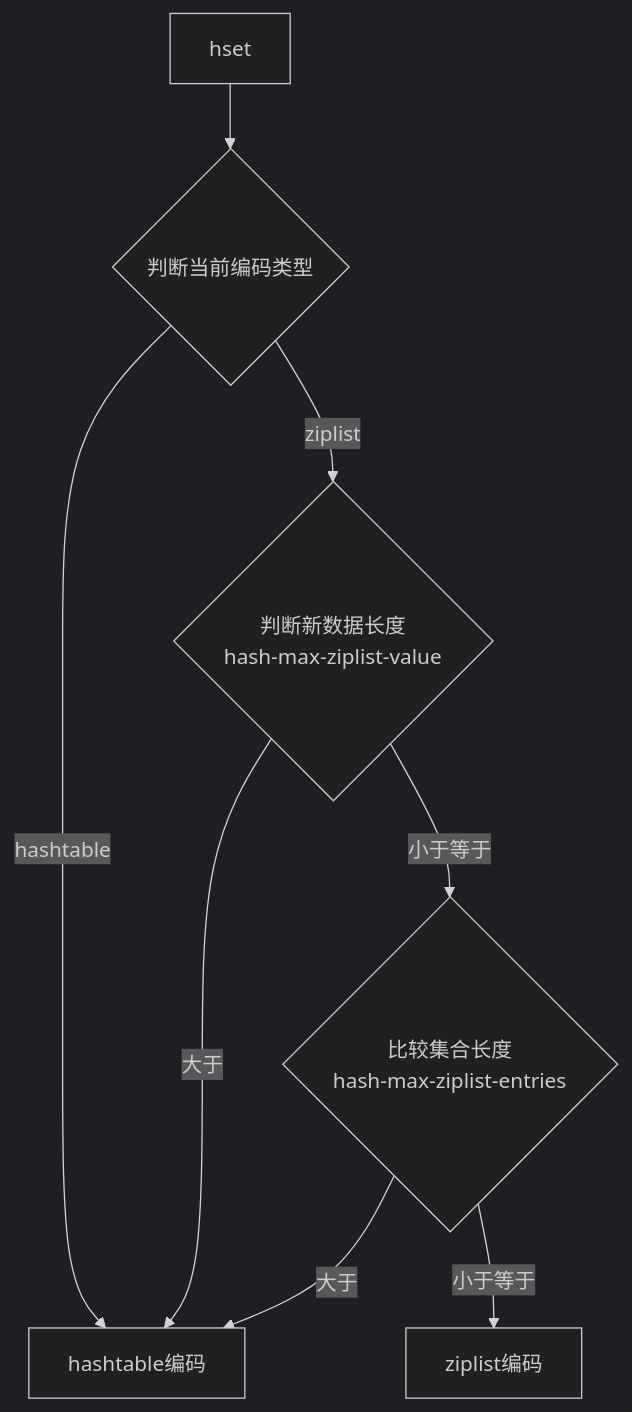
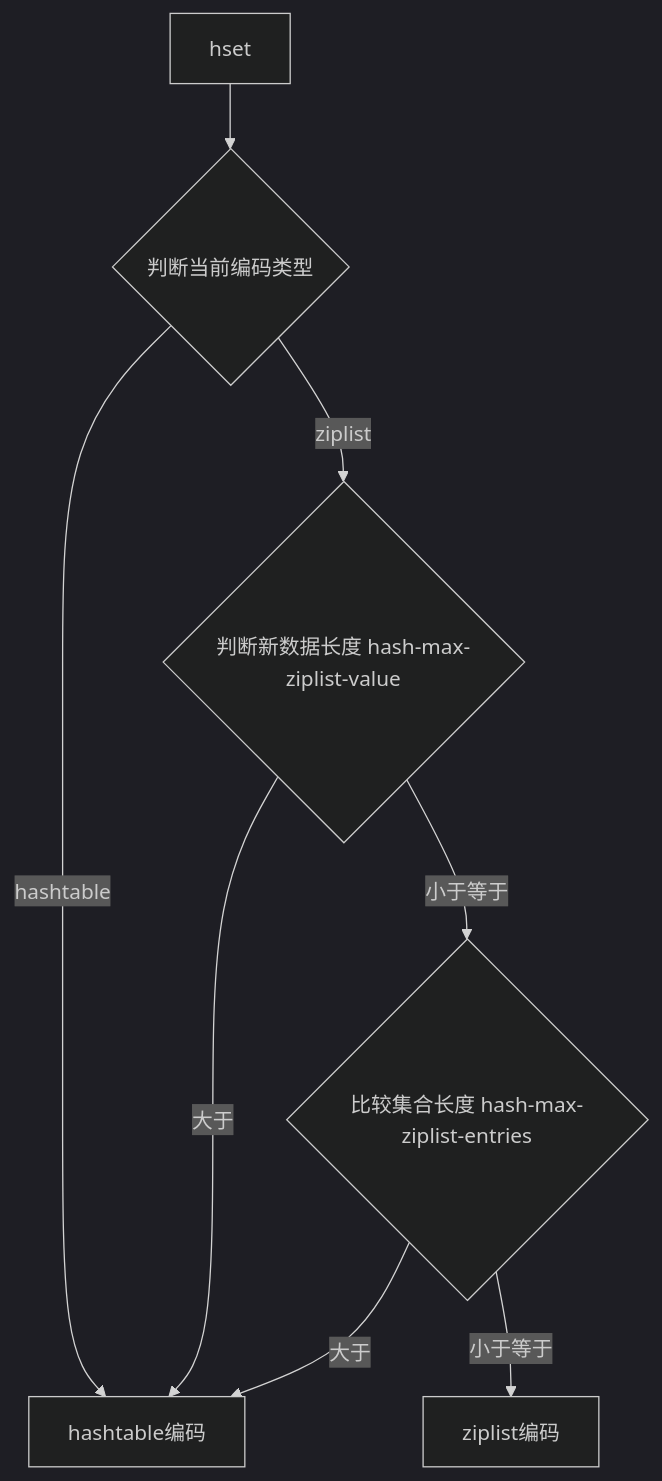
Before and after one commit to 0xcaffebabe/note: the fourth of 4 diagrams in doc/中间件/数据库/redis/Redis.md, drawn with Mermaid (dark theme). The commit also changed other lines of this file and 2 other files, not shown here.

````diff
--- a/doc/中间件/数据库/redis/Redis.md
+++ b/doc/中间件/数据库/redis/Redis.md
@@ -396,10 +397,10 @@
 ```mermaid
 graph TB
   hset --> A{判断当前编码类型}
   A --> |hashtable| hashtable编码
-  A --> |ziplist| B{判断新数据长度\nhash-max-ziplist-value}
+  A --> |ziplist| B{判断新数据长度 hash-max-ziplist-value}
   B --> |大于| hashtable编码
-  B --> |小于等于| C{比较集合长度\nhash-max-ziplist-entries}
+  B --> |小于等于| C{比较集合长度 hash-max-ziplist-entries}
   C --> |大于| hashtable编码
   C --> |小于等于| ziplist编码
 ```
````
